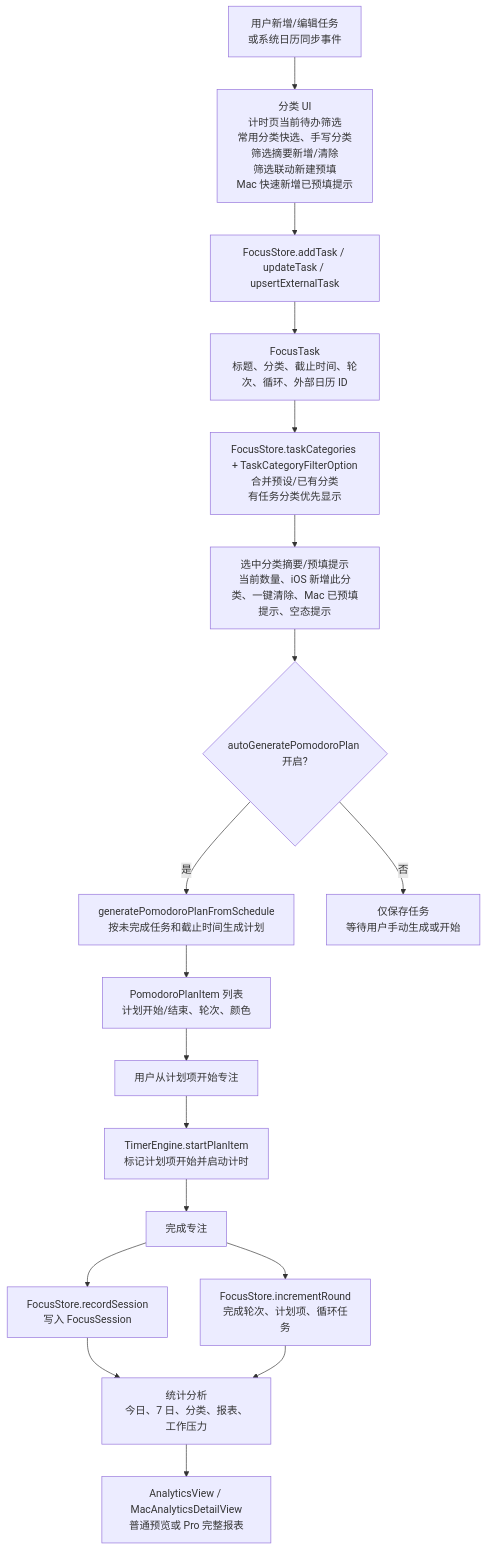
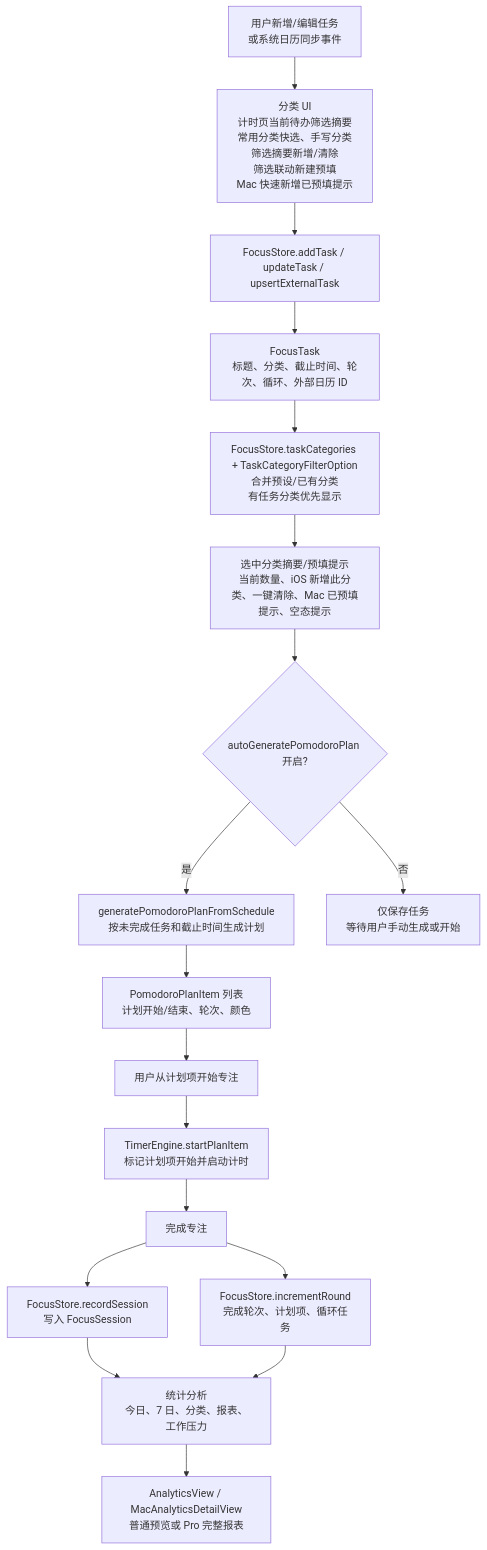
The third of 6 diagrams in md/flow/flowchart.md (Altman-sam114/114), drawn with Mermaid before and after one commit. The commit also changed other lines of this file and 7 other files, not shown here.

````diff
--- a/md/flow/flowchart.md
+++ b/md/flow/flowchart.md
@@ -63,20 +63,20 @@
 ```mermaid
 flowchart TD
-  A["用户新增/编辑任务<br/>或系统日历同步事件"] --> P0["分类 UI<br/>计时页当前待办筛选<br/>常用分类快选、手写分类<br/>筛选摘要新增/清除<br/>筛选联动新建预填<br/>Mac 快速新增已预填提示"]
+  A["用户新增/编辑任务<br/>或系统日历同步事件"] --> P0["分类 UI<br/>计时页当前待办筛选摘要<br/>常用分类快选、手写分类<br/>筛选摘要新增/清除<br/>筛选联动新建预填<br/>Mac 快速新增已预填提示"]
   P0 --> B["FocusStore.addTask / updateTask / upsertExternalTask"]
   B --> C["FocusTask<br/>标题、分类、截止时间、轮次、循环、外部日历 ID"]
   C --> C2["FocusStore.taskCategories + TaskCategoryFilterOption<br/>合并预设/已有分类<br/>有任务分类优先显示"]
   C2 --> C3["选中分类摘要/预填提示<br/>当前数量、iOS 新增此分类、一键清除、Mac 已预填提示、空态提示"]
   C3 --> D{"autoGeneratePomodoroPlan 开启?"}
   D -->|是| E["generatePomodoroPlanFromSchedule<br/>按未完成任务和截止时间生成计划"]
   D -->|否| F["仅保存任务<br/>等待用户手动生成或开始"]
   E --> G["PomodoroPlanItem 列表<br/>计划开始/结束、轮次、颜色"]
   G --> H["用户从计划项开始专注"]
   H --> I["TimerEngine.startPlanItem<br/>标记计划项开始并启动计时"]
   I --> J["完成专注"]
   J --> K["FocusStore.incrementRound<br/>完成轮次、计划项、循环任务"]
   J --> L["FocusStore.recordSession<br/>写入 FocusSession"]
   L --> M["统计分析<br/>今日、7 日、分类、报表、工作压力"]
   K --> M
   M --> N["AnalyticsView / MacAnalyticsDetailView<br/>普通预览或 Pro 完整报表"]
 ```
````
